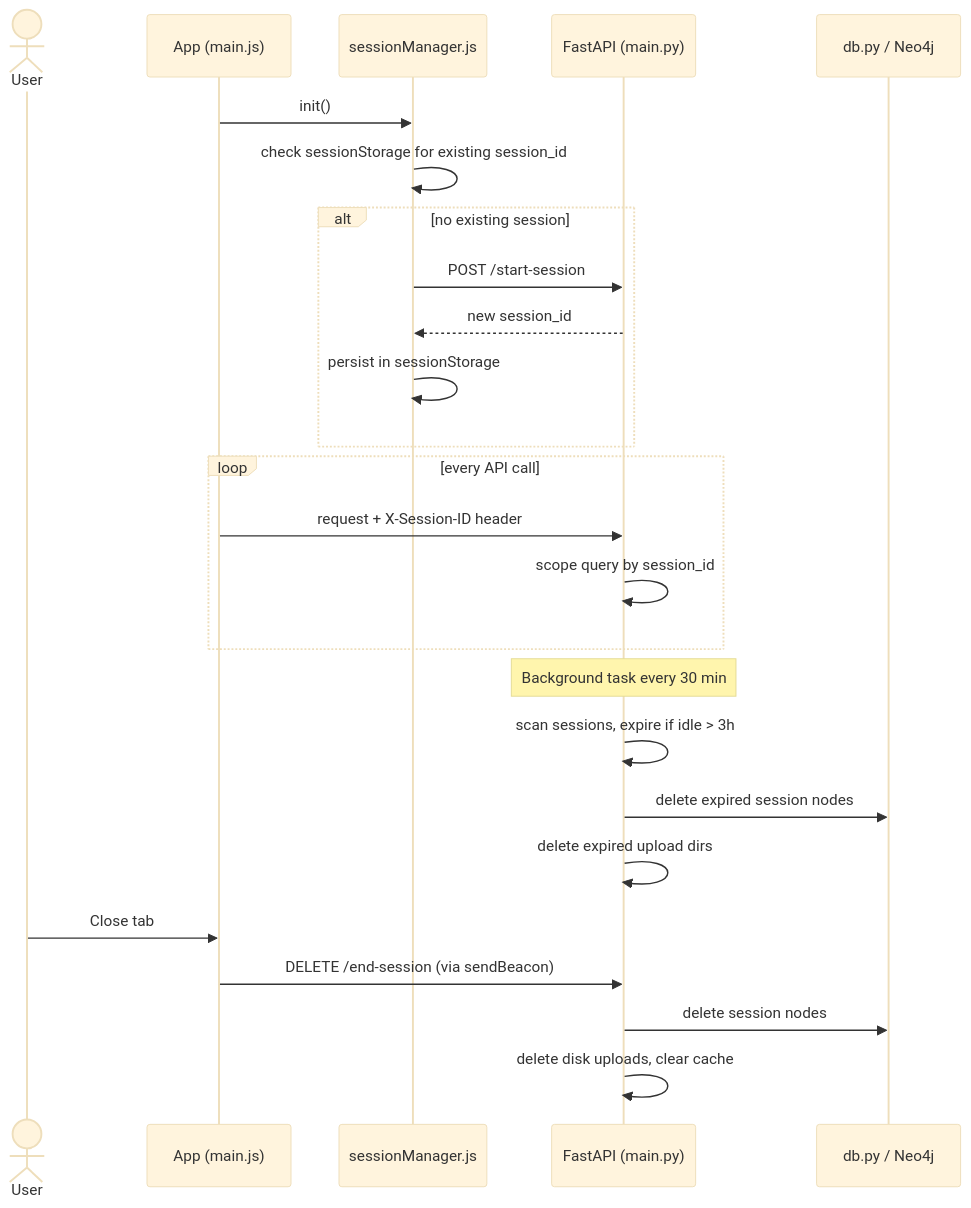
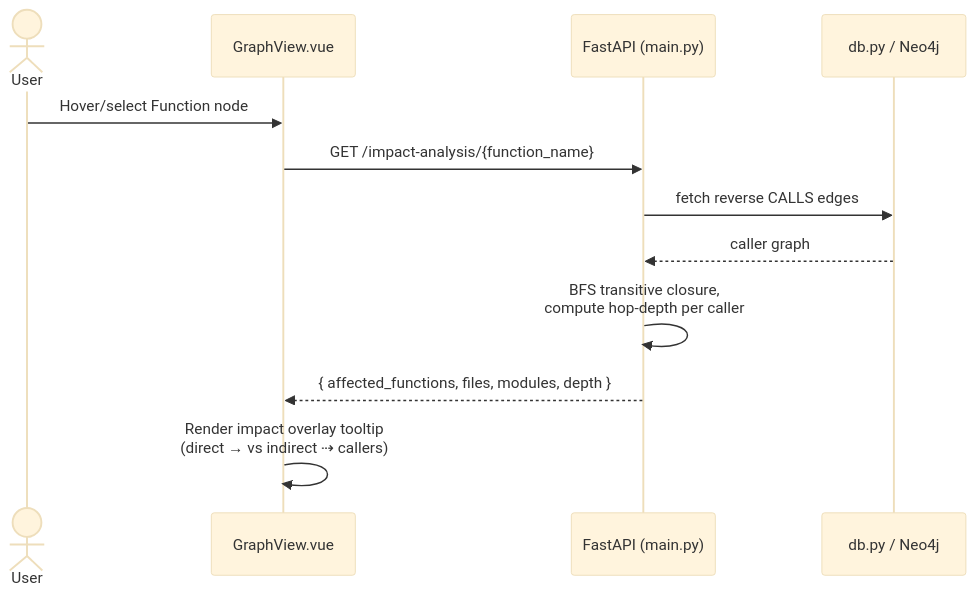
The diagram in srs_diagrams/diagram_10.mmd (farjanasarker/Code_Base_Visualisation), drawn with Mermaid (base theme) before and after one commit. The commit also changed 18 other files, not shown here.

```diff
--- a/srs_diagrams/diagram_10.mmd
+++ b/srs_diagrams/diagram_10.mmd
@@ -1,29 +1,13 @@
 sequenceDiagram
     actor U as User
-    participant FE as App (main.js)
-    participant SM as sessionManager.js
+    participant FE as GraphView.vue
     participant API as FastAPI (main.py)
     participant DB as db.py / Neo4j
 
-    FE->>SM: init()
-    SM->>SM: check sessionStorage for existing session_id
-    alt no existing session
-        SM->>API: POST /start-session
-        API-->>SM: new session_id
-        SM->>SM: persist in sessionStorage
-    end
-
-    loop every API call
-        FE->>API: request + X-Session-ID header
-        API->>API: scope query by session_id
-    end
-
-    Note over API: Background task every 30 min
-    API->>API: scan sessions, expire if idle > 3h
-    API->>DB: delete expired session nodes
-    API->>API: delete expired upload dirs
-
-    U->>FE: Close tab
-    FE->>API: DELETE /end-session (via sendBeacon)
-    API->>DB: delete session nodes
-    API->>API: delete disk uploads, clear cache
+    U->>FE: Hover/select Function node
+    FE->>API: GET /impact-analysis/{function_name}
+    API->>DB: fetch reverse CALLS edges
+    DB-->>API: caller graph
+    API->>API: BFS transitive closure,<br/>compute hop-depth per caller
+    API-->>FE: { affected_functions, files, modules, depth }
+    FE->>FE: Render impact overlay tooltip<br/>(direct → vs indirect ⇢ callers)
```
